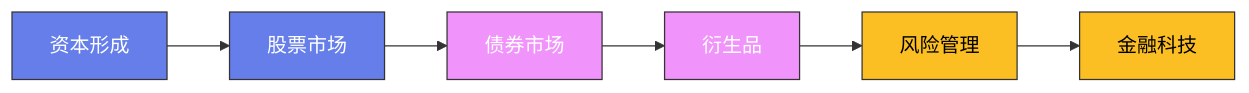
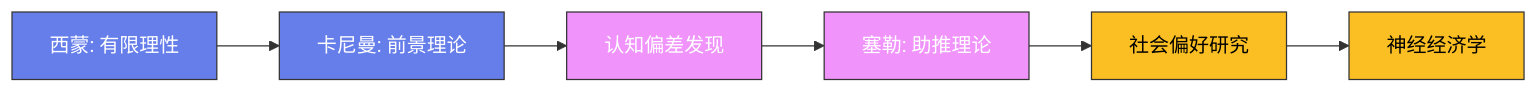
Before and after one commit to Fengur/Fengur.github.io: the diagram in content/posts/ModelCreate/经济学与金融/08-行为经济学.md, drawn with Mermaid. The commit also changed 118 other files, not shown here.

````diff
--- a/content/posts/ModelCreate/经济学与金融/08-行为经济学.md
+++ b/content/posts/ModelCreate/经济学与金融/08-行为经济学.md
@@ -76,16 +76,16 @@
 ```mermaid
 graph LR
-    A["资本形成"] --> B["股票市场"]
-    B --> C["债券市场"]
-    C --> D["衍生品"]
-    D --> E["风险管理"]
-    E --> F["金融科技"]
+    A["西蒙: 有限理性"] --> B["卡尼曼: 前景理论"]
+    B --> C["认知偏差发现"]
+    C --> D["塞勒: 助推理论"]
+    D --> E["社会偏好研究"]
+    E --> F["神经经济学"]
 
     classDef early fill:#667eea,stroke:#333,color:white
     classDef mid fill:#f093fb,stroke:#333,color:white
     classDef modern fill:#fbbf24,stroke:#333,color:black
 
     class A,B early
     class C,D mid
     class E,F modern
 ```
````
